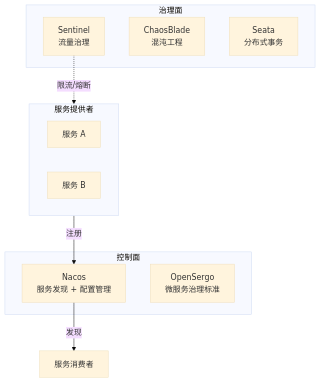
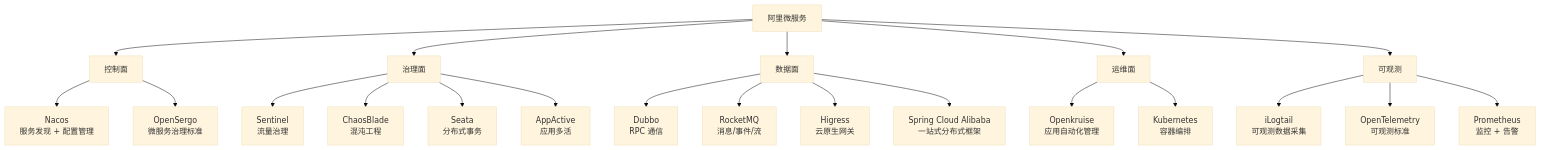
Before and after one commit to wb04307201/wb04307201: the diagram in note/05.tools/06-ali-microservices/README.md, drawn with Mermaid (base theme). The commit also changed other lines of this file and 5 other files, not shown here.

````diff
--- a/note/05.tools/06-ali-microservices/README.md
+++ b/note/05.tools/06-ali-microservices/README.md
@@ -23,19 +31,30 @@
 ```mermaid
-graph TD
-    subgraph 控制面["控制面"]
-        Nacos["Nacos<br/>服务发现 + 配置管理"]
-        OpenSergo["OpenSergo<br/>微服务治理标准"]
-    end
-    subgraph 治理面["治理面"]
-        Sentinel["Sentinel<br/>流量治理"]
-        ChaosBlade["ChaosBlade<br/>混沌工程"]
-        Seata["Seata<br/>分布式事务"]
-    end
-    subgraph Provider["服务提供者"]
-        S1["服务 A"]
-        S2["服务 B"]
-    end
-    Provider -->|注册| Nacos
-    Nacos -->|发现| Consumer["服务消费者"]
-    Sentinel -. "限流/熔断" .-> Provider
+graph TB
+    Ali["阿里微服务"]
+
+    Ali --> Ctrl["控制面"]
+    Ali --> Gov["治理面"]
+    Ali --> Data["数据面"]
+    Ali --> Ops["运维面"]
+    Ali --> Obs["可观测"]
+
+    Ctrl --> Nacos["Nacos<br/>服务发现 + 配置管理"]
+    Ctrl --> OpenSergo["OpenSergo<br/>微服务治理标准"]
+
+    Gov --> Sentinel["Sentinel<br/>流量治理"]
+    Gov --> ChaosBlade["ChaosBlade<br/>混沌工程"]
+    Gov --> Seata["Seata<br/>分布式事务"]
+    Gov --> AppActive["AppActive<br/>应用多活"]
+
+    Data --> Dubbo["Dubbo<br/>RPC 通信"]
+    Data --> RocketMQ["RocketMQ<br/>消息/事件/流"]
+    Data --> Higress["Higress<br/>云原生网关"]
+    Data --> SCA["Spring Cloud Alibaba<br/>一站式分布式框架"]
+
+    Ops --> Openkruise["Openkruise<br/>应用自动化管理"]
+    Ops --> K8s["Kubernetes<br/>容器编排"]
+
+    Obs --> iLogtail["iLogtail<br/>可观测数据采集"]
+    Obs --> OTel["OpenTelemetry<br/>可观测标准"]
+    Obs --> Prom["Prometheus<br/>监控 + 告警"]
 ```
````
